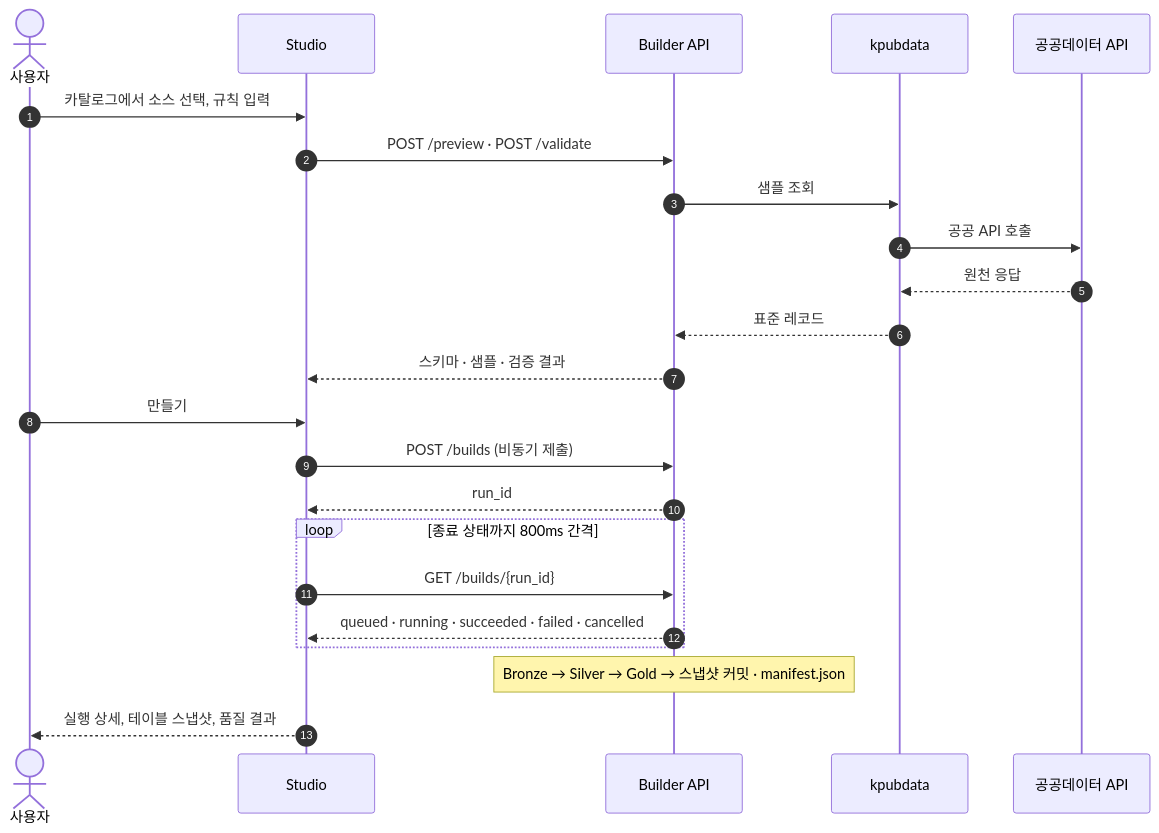
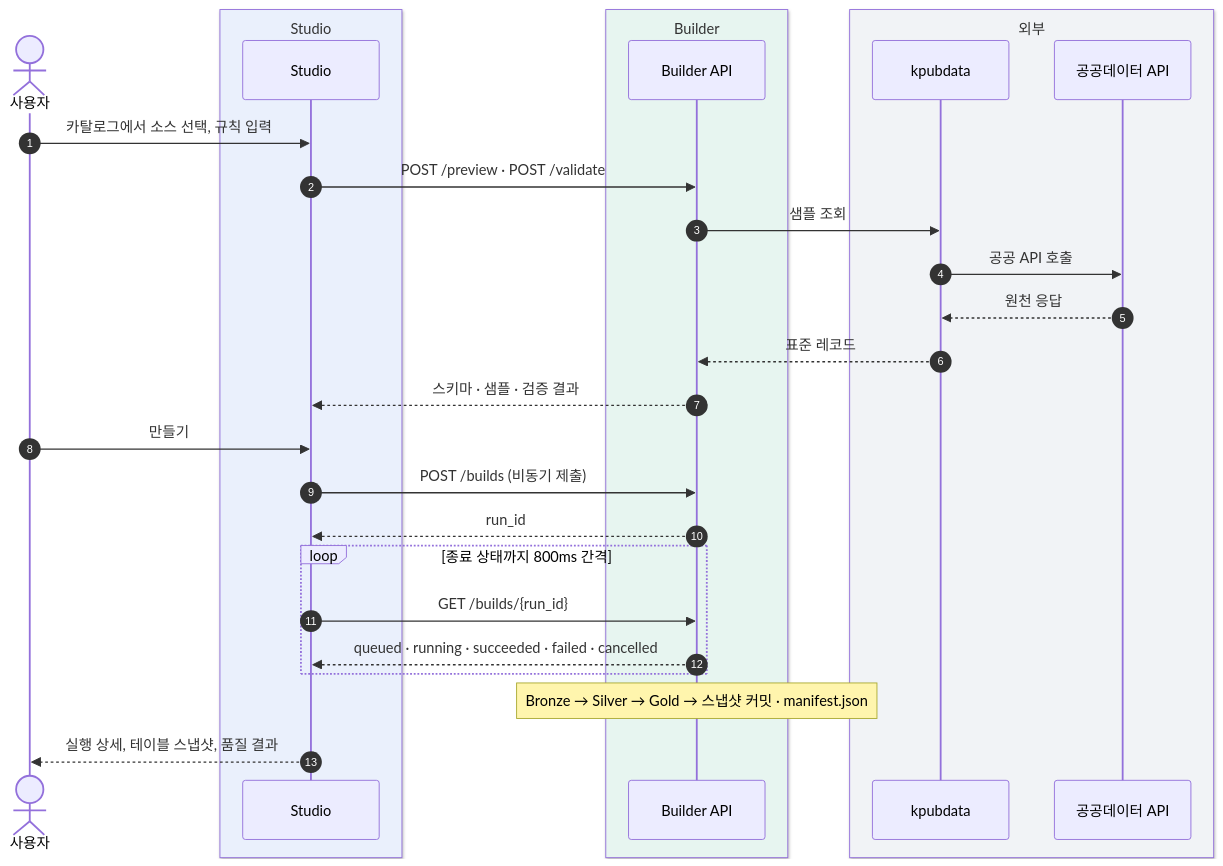
The diagram in hanium-dreamup/figures/flow-service.mmd (kpubdata-lab/kpubdata-reports), drawn with Mermaid before and after one commit. The commit also changed 30 other files, not shown here.

First line of the commit message:
docs(hanium-dreamup): redraw the diagrams in a colour-coded style

```diff
--- a/hanium-dreamup/figures/flow-service.mmd
+++ b/hanium-dreamup/figures/flow-service.mmd
@@ -1,23 +1,29 @@
 sequenceDiagram
     autonumber
     actor U as 사용자
-    participant S as Studio
-    participant B as Builder API
-    participant K as kpubdata
-    participant P as 공공데이터 API
+    box rgb(234,240,252) Studio
+        participant S as Studio
+    end
+    box rgb(231,245,240) Builder
+        participant B as Builder API
+    end
+    box rgb(241,243,246) 외부
+        participant K as kpubdata
+        participant P as 공공데이터 API
+    end
     U->>S: 카탈로그에서 소스 선택, 규칙 입력
     S->>B: POST /preview · POST /validate
     B->>K: 샘플 조회
     K->>P: 공공 API 호출
     P-->>K: 원천 응답
     K-->>B: 표준 레코드
     B-->>S: 스키마 · 샘플 · 검증 결과
     U->>S: 만들기
     S->>B: POST /builds (비동기 제출)
     B-->>S: run_id
     loop 종료 상태까지 800ms 간격
         S->>B: GET /builds/{run_id}
         B-->>S: queued · running · succeeded · failed · cancelled
     end
     Note over B: Bronze → Silver → Gold → 스냅샷 커밋 · manifest.json
     S-->>U: 실행 상세, 테이블 스냅샷, 품질 결과
```
